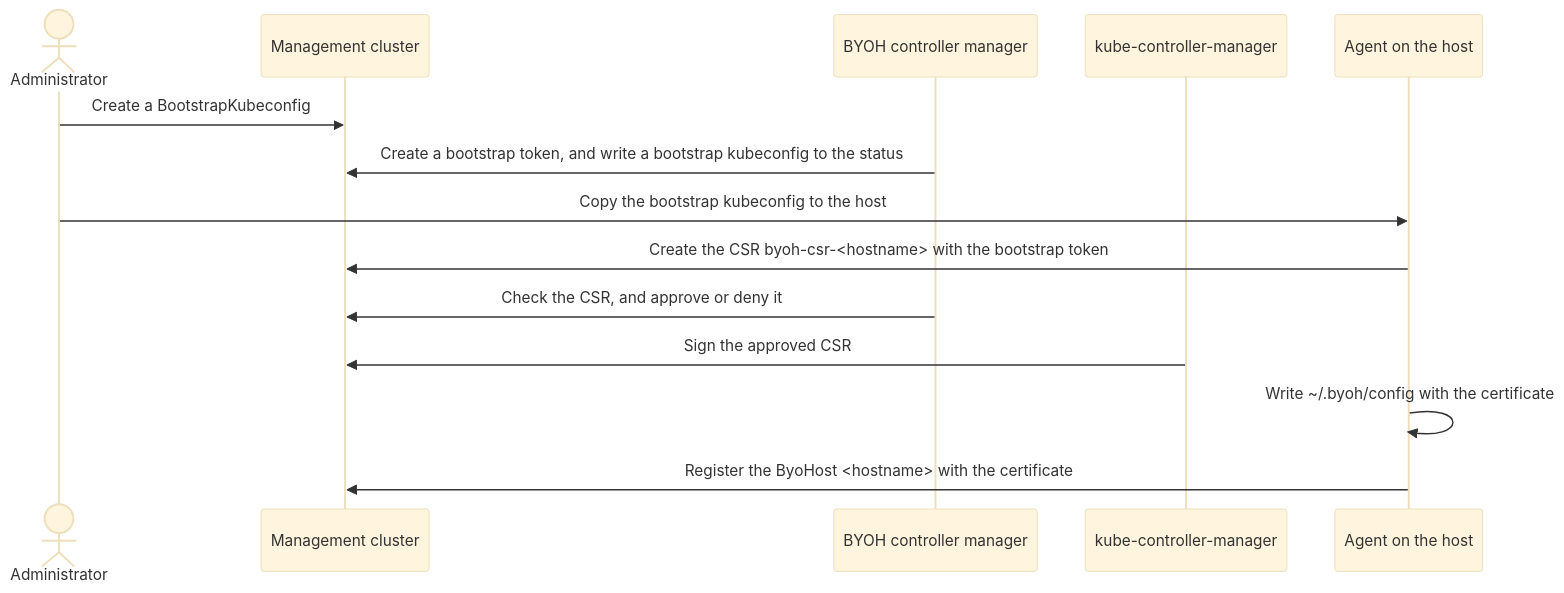
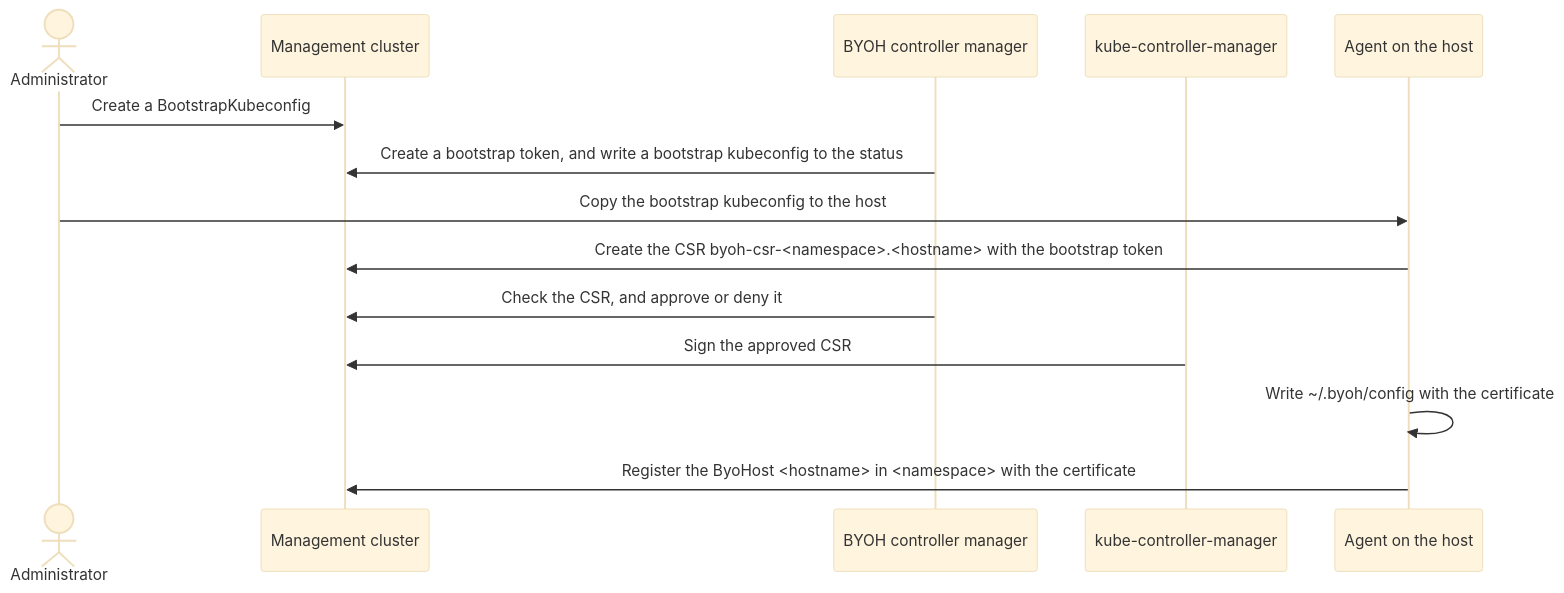
One commit to superbrothers/cluster-api-provider-bringyourownhost changed the diagram in docs/host_registration.md. Above: the diagram before and after it, drawn with Mermaid (base theme). The commit also changed other lines of this file and 11 other files, not shown here.

Commit message:
byohost: Include the namespace in the identity of a host, as hosts of the same name in different namespaces shared an identity, could update the status of the ByoHost of each other, and collided on the name of their CSR

````diff
--- a/docs/host_registration.md
+++ b/docs/host_registration.md
@@ -9,16 +9,16 @@
 ```mermaid
 sequenceDiagram
     actor Admin as Administrator
     participant API as Management cluster
     participant BYOH as BYOH controller manager
     participant KCM as kube-controller-manager
     participant Agent as Agent on the host
     Admin->>API: Create a BootstrapKubeconfig
     BYOH->>API: Create a bootstrap token, and write a bootstrap kubeconfig to the status
     Admin->>Agent: Copy the bootstrap kubeconfig to the host
-    Agent->>API: Create the CSR byoh-csr-<hostname> with the bootstrap token
+    Agent->>API: Create the CSR byoh-csr-<namespace>.<hostname> with the bootstrap token
     BYOH->>API: Check the CSR, and approve or deny it
     KCM->>API: Sign the approved CSR
     Agent->>Agent: Write ~/.byoh/config with the certificate
-    Agent->>API: Register the ByoHost <hostname> with the certificate
+    Agent->>API: Register the ByoHost <hostname> in <namespace> with the certificate
 ```
````
